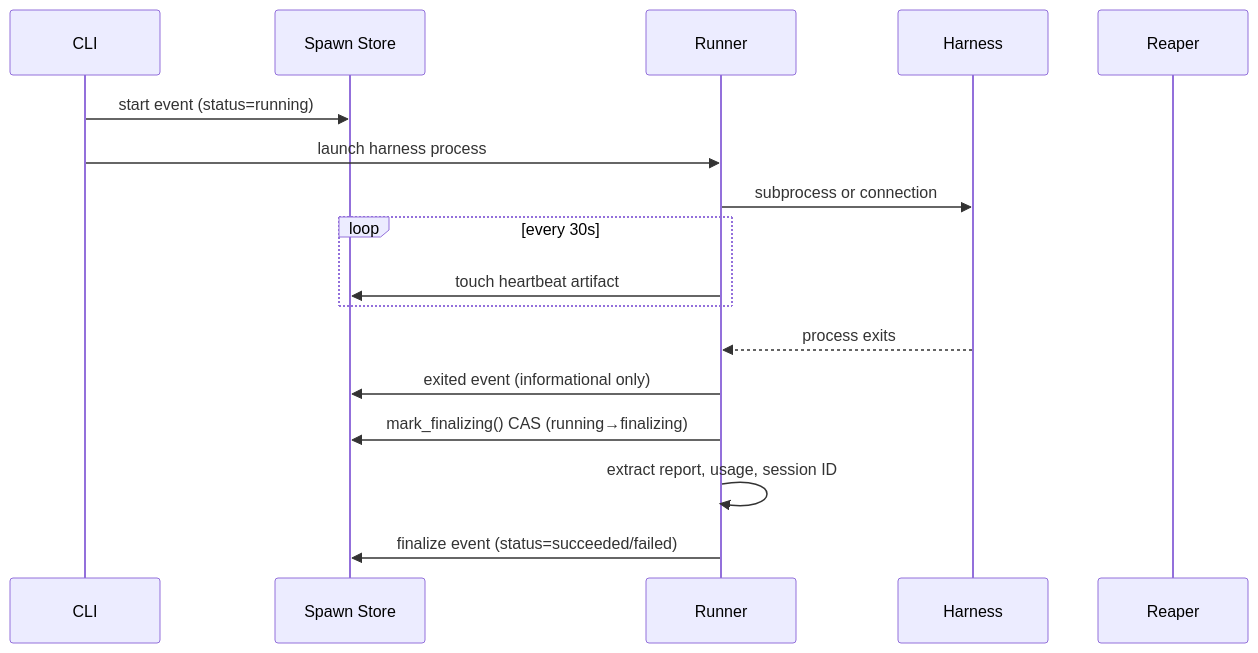
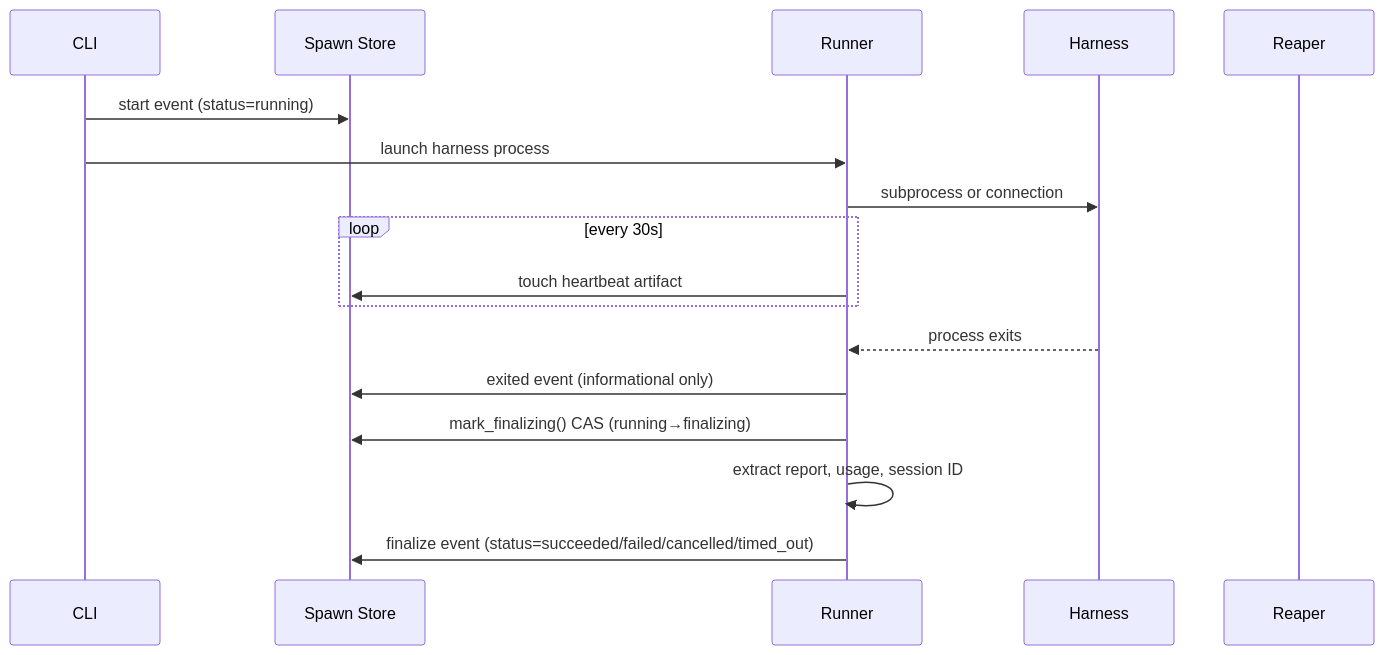
One commit to haowjy/meridian-cli-kb changed the second of 2 diagrams in kb/concepts/spawn-lifecycle.md. Above: the diagram before and after it, drawn with Mermaid. The commit also changed other lines of this file and 9 other files, not shown here.

````diff
--- a/kb/concepts/spawn-lifecycle.md
+++ b/kb/concepts/spawn-lifecycle.md
@@ -97,20 +101,20 @@
 ```mermaid
 sequenceDiagram
     participant CLI
     participant SpawnStore as Spawn Store
     participant Runner
     participant Harness
     participant Reaper
 
     CLI->>SpawnStore: start event (status=running)
     CLI->>Runner: launch harness process
     Runner->>Harness: subprocess or connection
     loop every 30s
         Runner->>SpawnStore: touch heartbeat artifact
     end
     Harness-->>Runner: process exits
     Runner->>SpawnStore: exited event (informational only)
     Runner->>SpawnStore: mark_finalizing() CAS (running→finalizing)
     Runner->>Runner: extract report, usage, session ID
-    Runner->>SpawnStore: finalize event (status=succeeded/failed)
+    Runner->>SpawnStore: finalize event (status=succeeded/failed/cancelled/timed_out)
 ```
````
